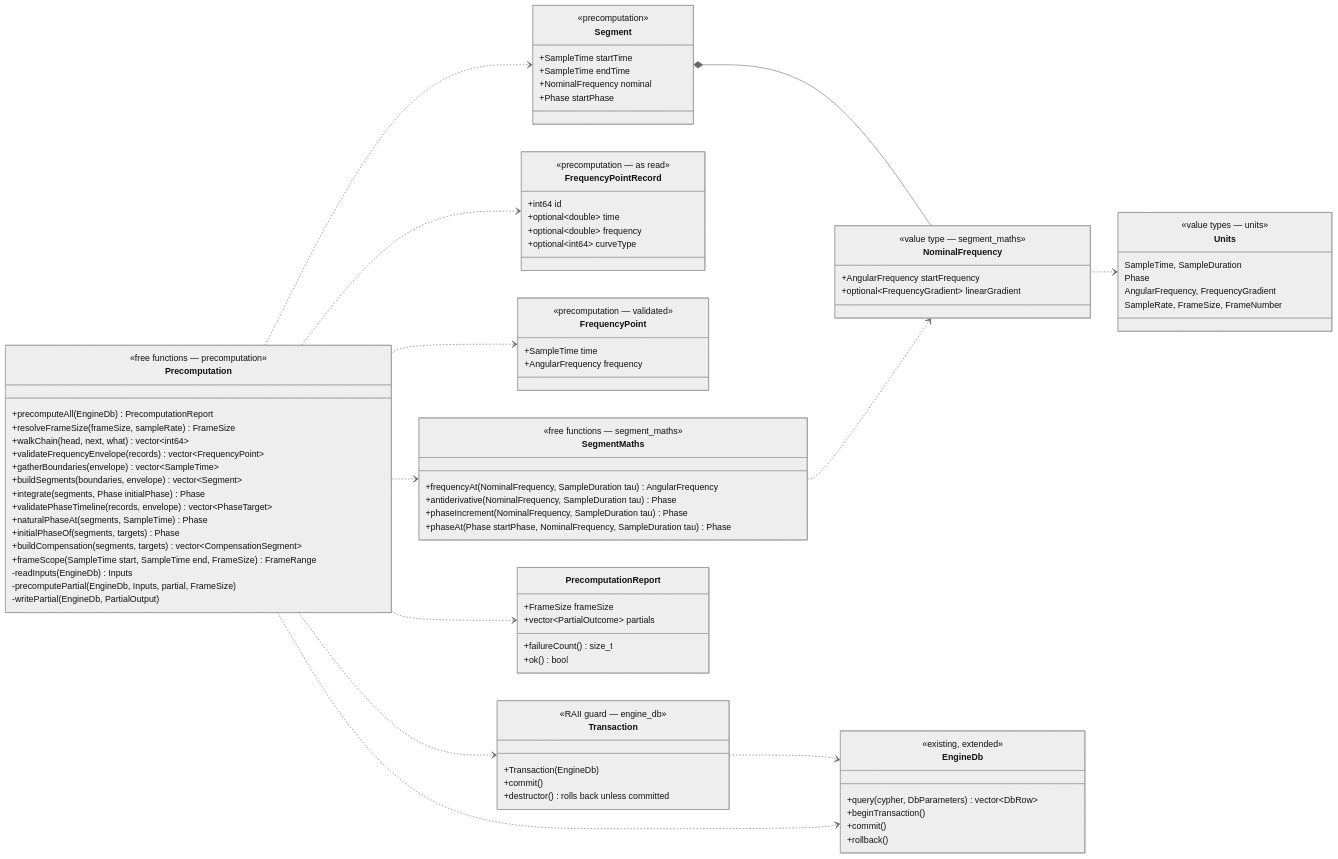
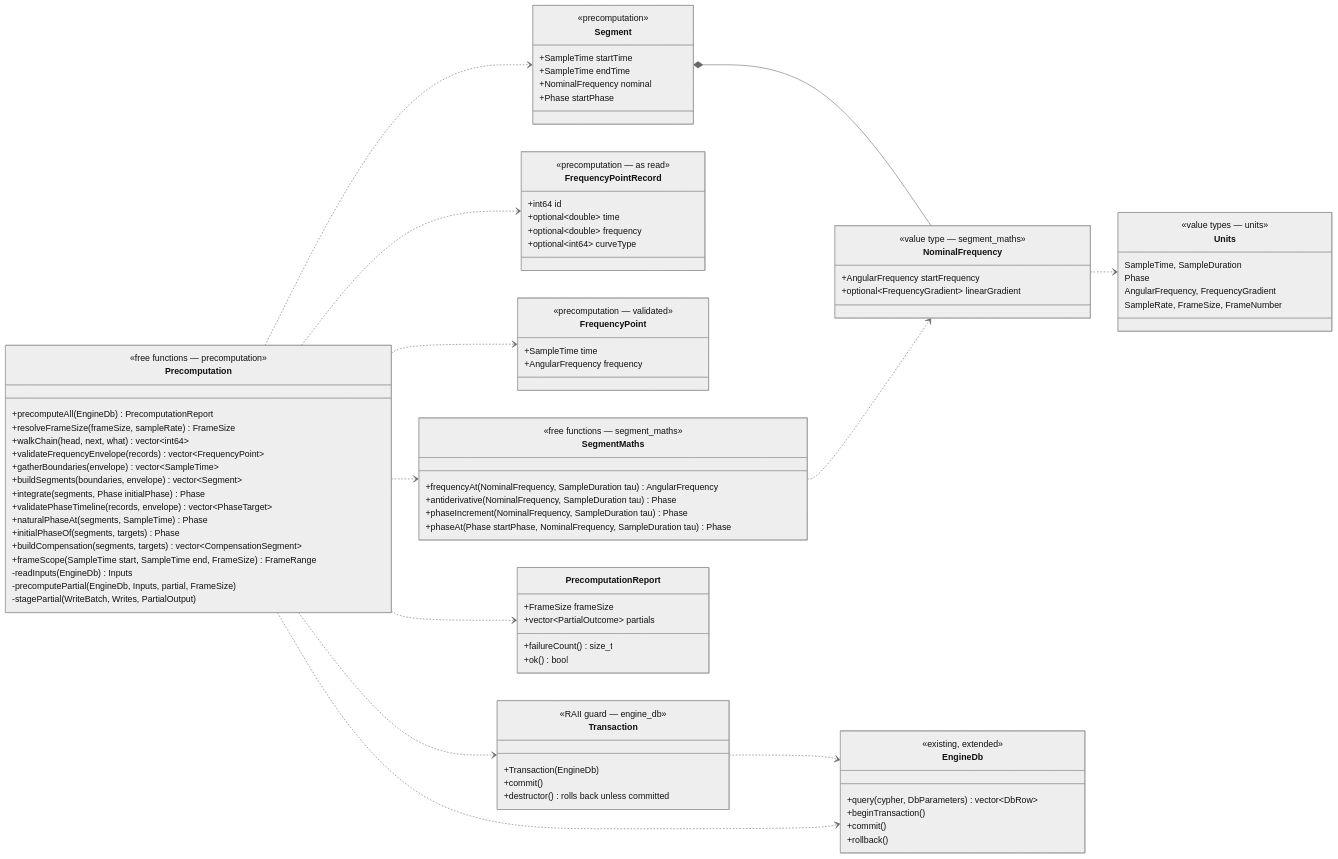
One commit to broadya/RAINBOHz changed the fourth of 4 diagrams in rendering-engine/docs/precomputation.md. Above: the diagram before and after it, drawn with Mermaid (neutral theme). The commit also changed other lines of this file and 14 other files, not shown here.

```diff
--- a/rendering-engine/docs/precomputation.md
+++ b/rendering-engine/docs/precomputation.md
@@ -931,7 +938,7 @@
         +frameScope(SampleTime start, SampleTime end, FrameSize) FrameRange
         -readInputs(EngineDb) Inputs
         -precomputePartial(EngineDb, Inputs, partial, FrameSize)
-        -writePartial(EngineDb, PartialOutput)
+        -stagePartial(WriteBatch, Writes, PartialOutput)
     }
 
     class PrecomputationReport {
```
